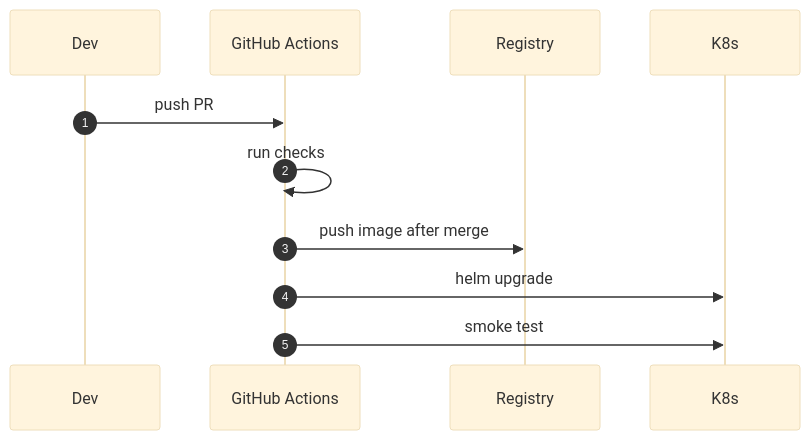
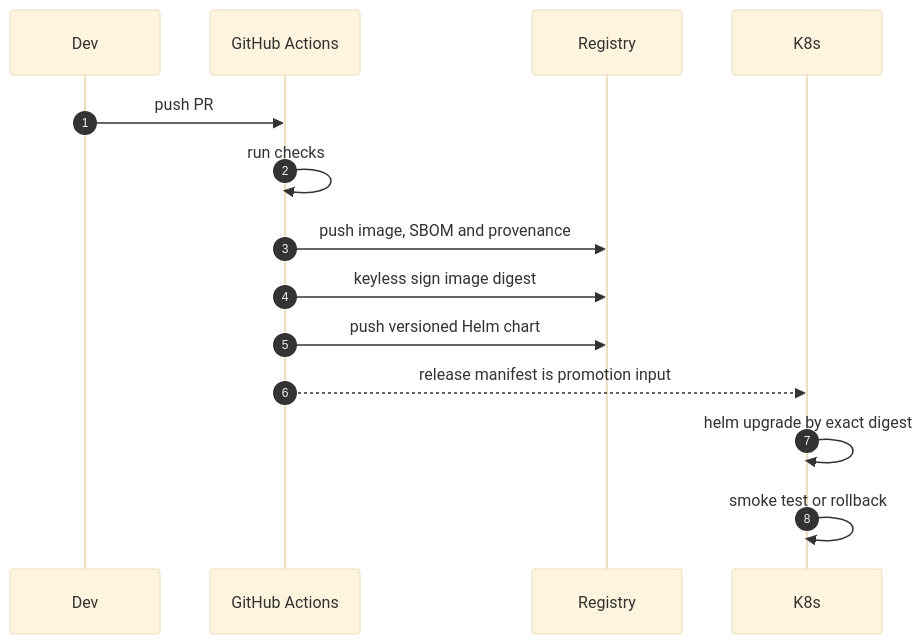
The second of 3 diagrams in book/Volume7-ProductionDeployment/Chapter04-CI-CD.md (alvis-ai/production-grade-web3-rfq-market-maker), drawn with Mermaid (base theme) before and after one commit. The commit also changed other lines of this file and 27 other files, not shown here.

````diff
--- a/book/Volume7-ProductionDeployment/Chapter04-CI-CD.md
+++ b/book/Volume7-ProductionDeployment/Chapter04-CI-CD.md
@@ -80,14 +89,17 @@
 ```mermaid
 sequenceDiagram
   autonumber
   participant Dev
   participant GH as GitHub Actions
   participant Reg as Registry
   participant K8s
 
   Dev->>GH: push PR
   GH->>GH: run checks
-  GH->>Reg: push image after merge
-  GH->>K8s: helm upgrade
-  GH->>K8s: smoke test
+  GH->>Reg: push image, SBOM and provenance
+  GH->>Reg: keyless sign image digest
+  GH->>Reg: push versioned Helm chart
+  GH-->>K8s: release manifest is promotion input
+  K8s->>K8s: helm upgrade by exact digest
+  K8s->>K8s: smoke test or rollback
 ```
````
